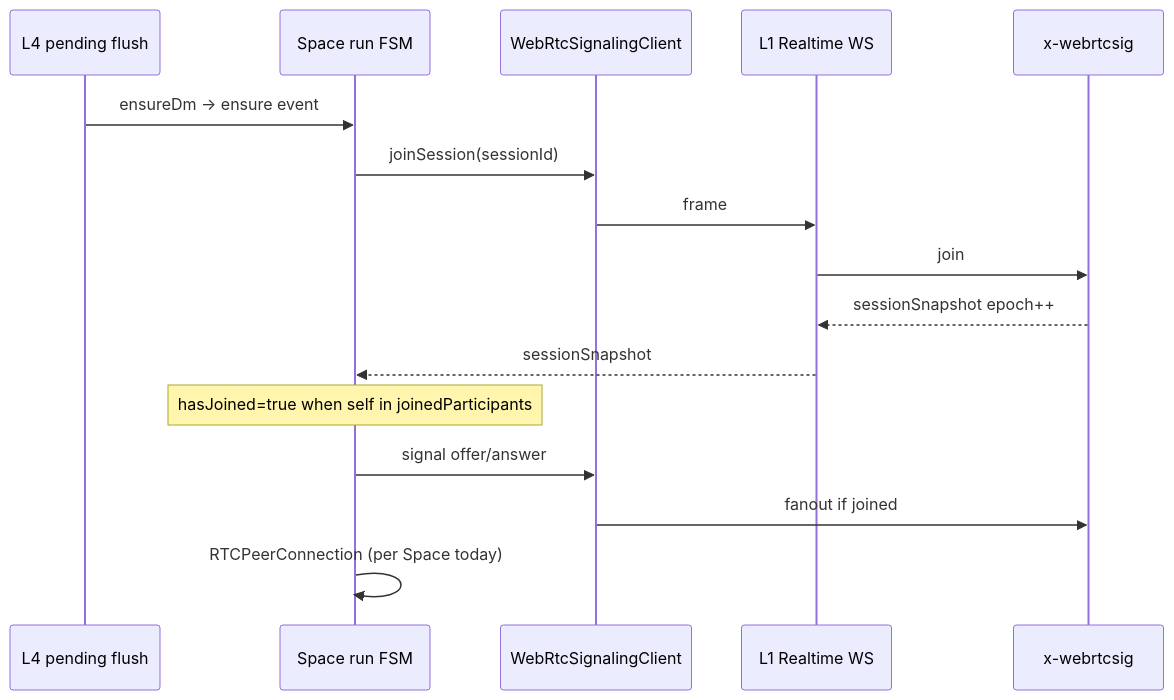
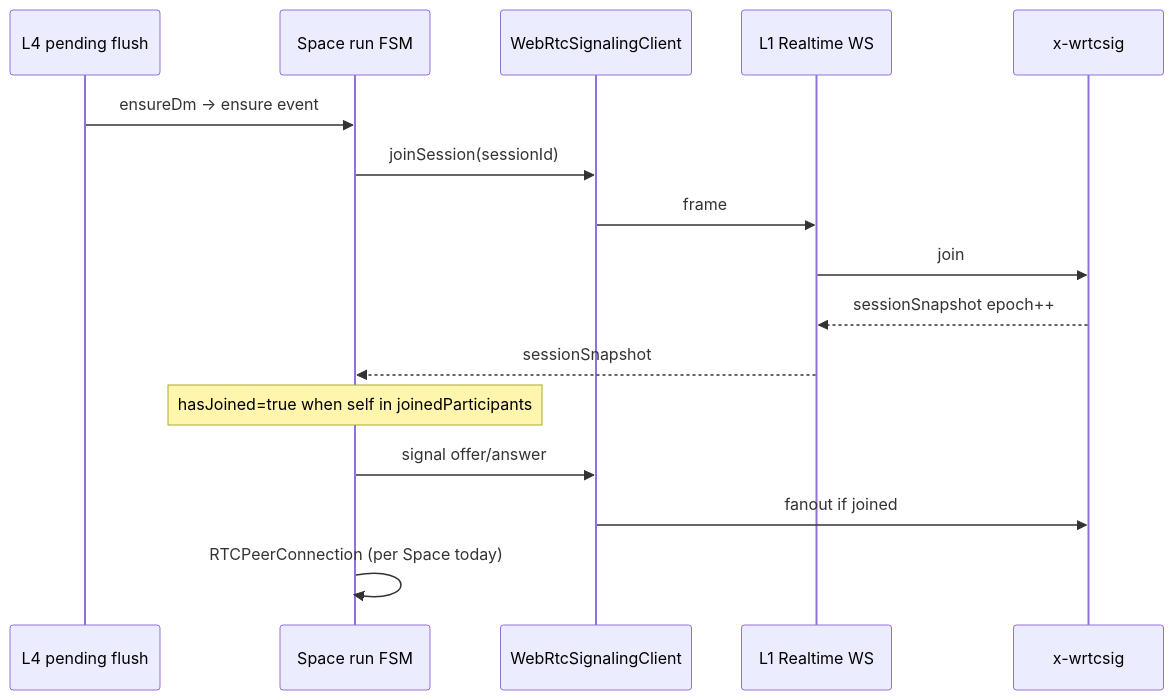
One commit to gofractally/psibase changed the sixth of 10 diagrams in packages/user/Homepage/ui/src/apps/chat/chat-data-transport-per-peer.md. Above: the diagram before and after it, drawn with Mermaid. The commit also changed other lines of this file and 65 other files, not shown here.

````diff
--- a/packages/user/Homepage/ui/src/apps/chat/chat-data-transport-per-peer.md
+++ b/packages/user/Homepage/ui/src/apps/chat/chat-data-transport-per-peer.md
@@ -592,19 +593,19 @@
 ```mermaid
 sequenceDiagram
     participant UI as L4 pending flush
     participant Run as Space run FSM
     participant Sig as WebRtcSignalingClient
     participant WS as L1 Realtime WS
-    participant Srv as x-webrtcsig
+    participant Srv as x-wrtcsig
 
     UI->>Run: ensureDm → ensure event
     Run->>Sig: joinSession(sessionId)
     Sig->>WS: frame
     WS->>Srv: join
     Srv-->>WS: sessionSnapshot epoch++
     WS-->>Run: sessionSnapshot
     Note over Run: hasJoined=true when self in joinedParticipants
     Run->>Sig: signal offer/answer
     Sig->>Srv: fanout if joined
     Run->>Run: RTCPeerConnection (per Space today)
 ```
````
